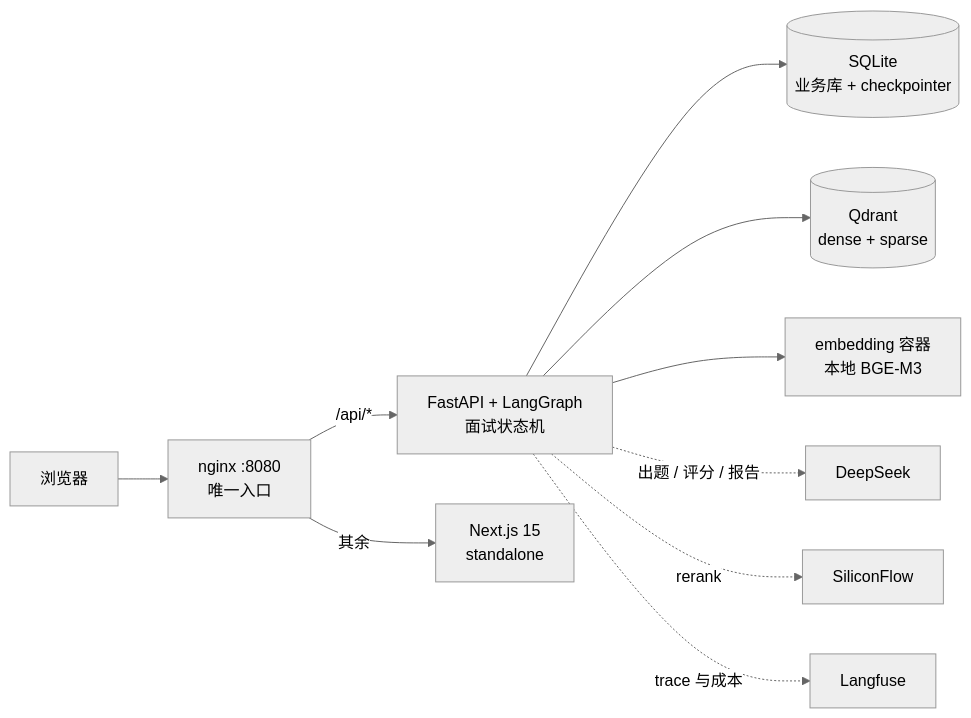
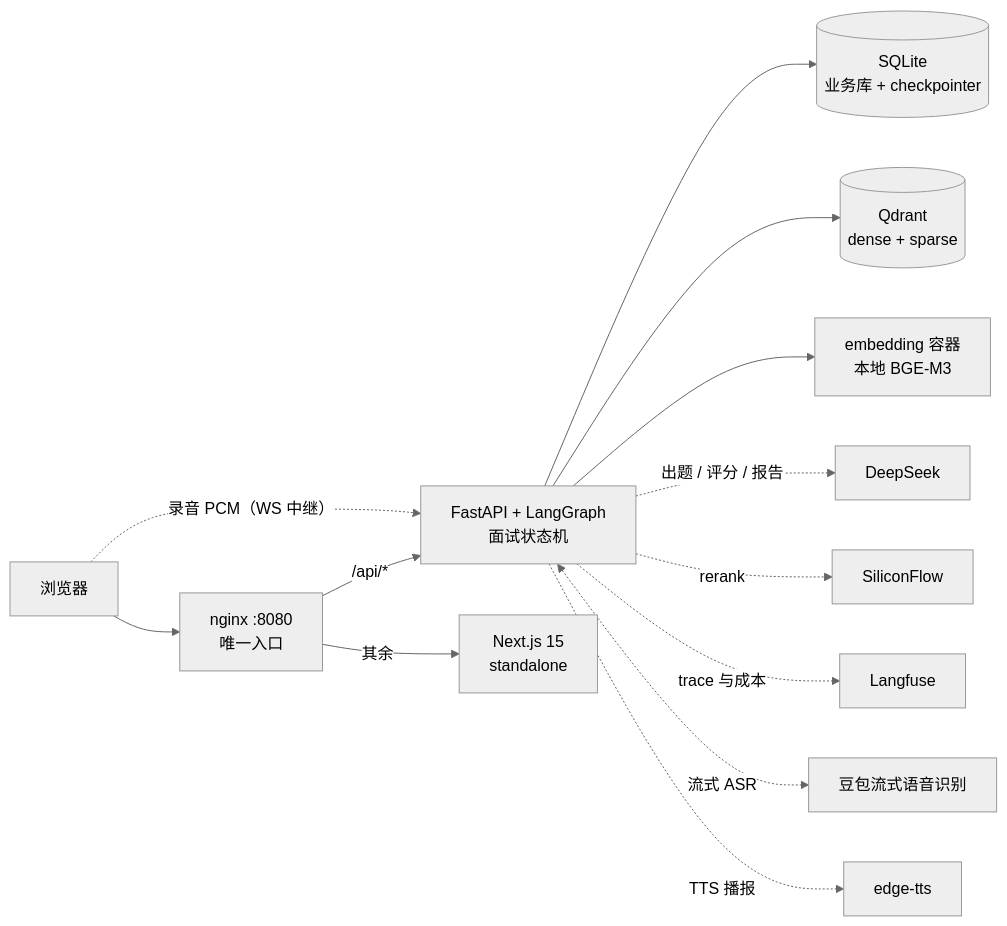
The diagram in README.md (Q-77-i/Marda), drawn with Mermaid (neutral theme) before and after one commit. The commit also changed other lines of this file and 3 other files, not shown here.

````diff
--- a/README.md
+++ b/README.md
@@ -27,12 +30,15 @@
 ```mermaid
 flowchart LR
   B["浏览器"] --> N["nginx :8080<br/>唯一入口"]
   N -->|"/api/*"| A["FastAPI + LangGraph<br/>面试状态机"]
   N -->|"其余"| W["Next.js 15<br/>standalone"]
   A --> DB[("SQLite<br/>业务库 + checkpointer")]
   A --> Q[("Qdrant<br/>dense + sparse")]
   A --> E["embedding 容器<br/>本地 BGE-M3"]
   A -.->|"出题 / 评分 / 报告"| DS["DeepSeek"]
   A -.->|"rerank"| SF["SiliconFlow"]
   A -.->|"trace 与成本"| LF["Langfuse"]
+  B -.->|"录音 PCM（WS 中继）"| A
+  A <-.->|"流式 ASR"| VC["豆包流式语音识别"]
+  A -.->|"TTS 播报"| ET["edge-tts"]
 ```
````
